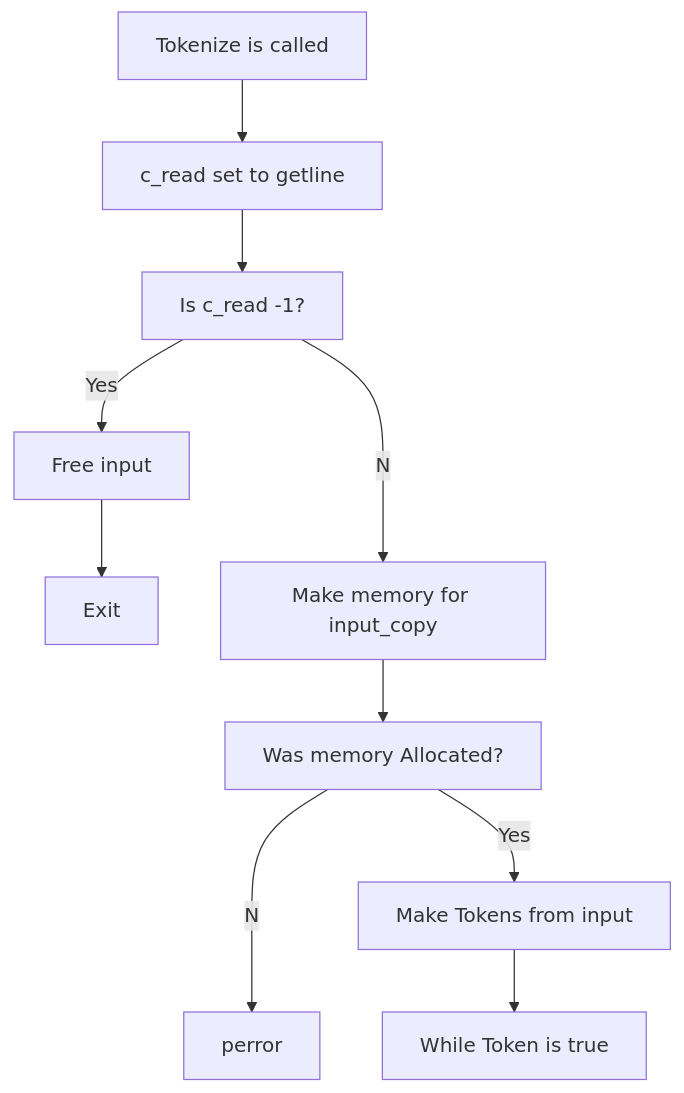
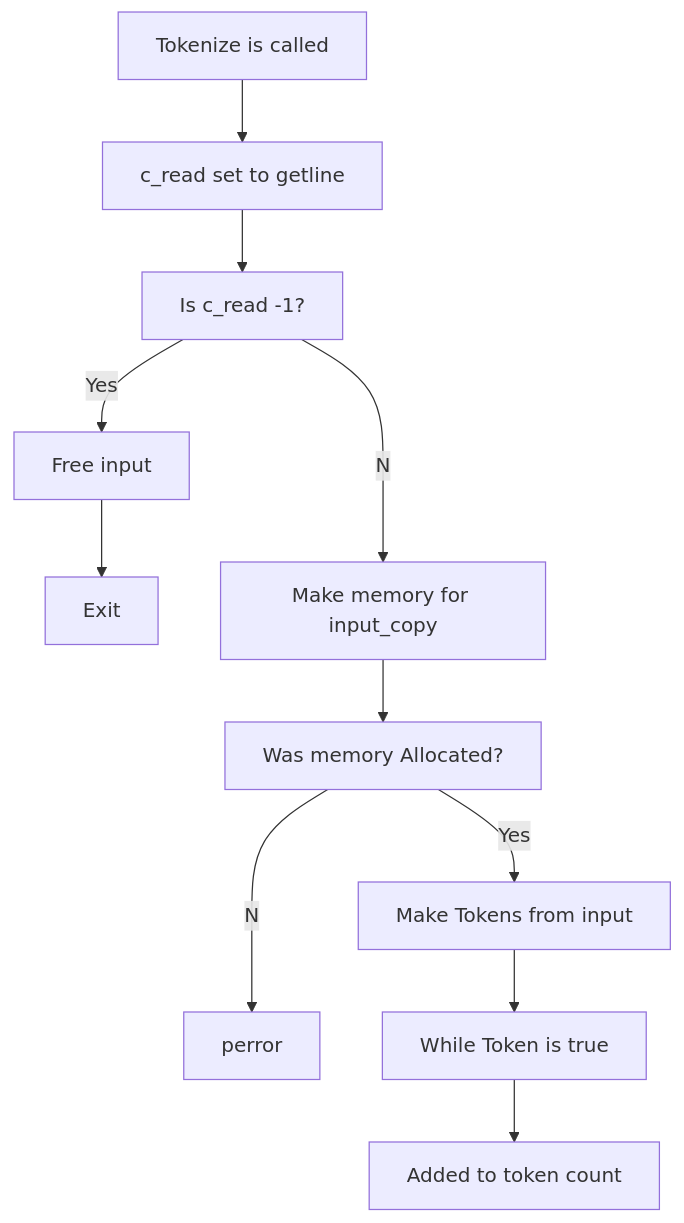
The diagram in README.md (LeeWest89/MySuperRepo), drawn with Mermaid before and after one commit.

````diff
--- a/README.md
+++ b/README.md
@@ -3,12 +3,13 @@
 ```mermaid
 flowchart TB;
   A[Tokenize is called]-->B[c_read set to getline];
   B-->C[Is c_read -1?];
   C--Yes-->D[Free input];
   D-->E[Exit];
   C--No-->F[Make memory for input_copy];
   F-->G[Was memory Allocated?];
   G--No-->H[perror];
   G--Yes-->I[Make Tokens from input];
   I-->J[While Token is true];
+  J-->K[Added to token count];
 ```
````
